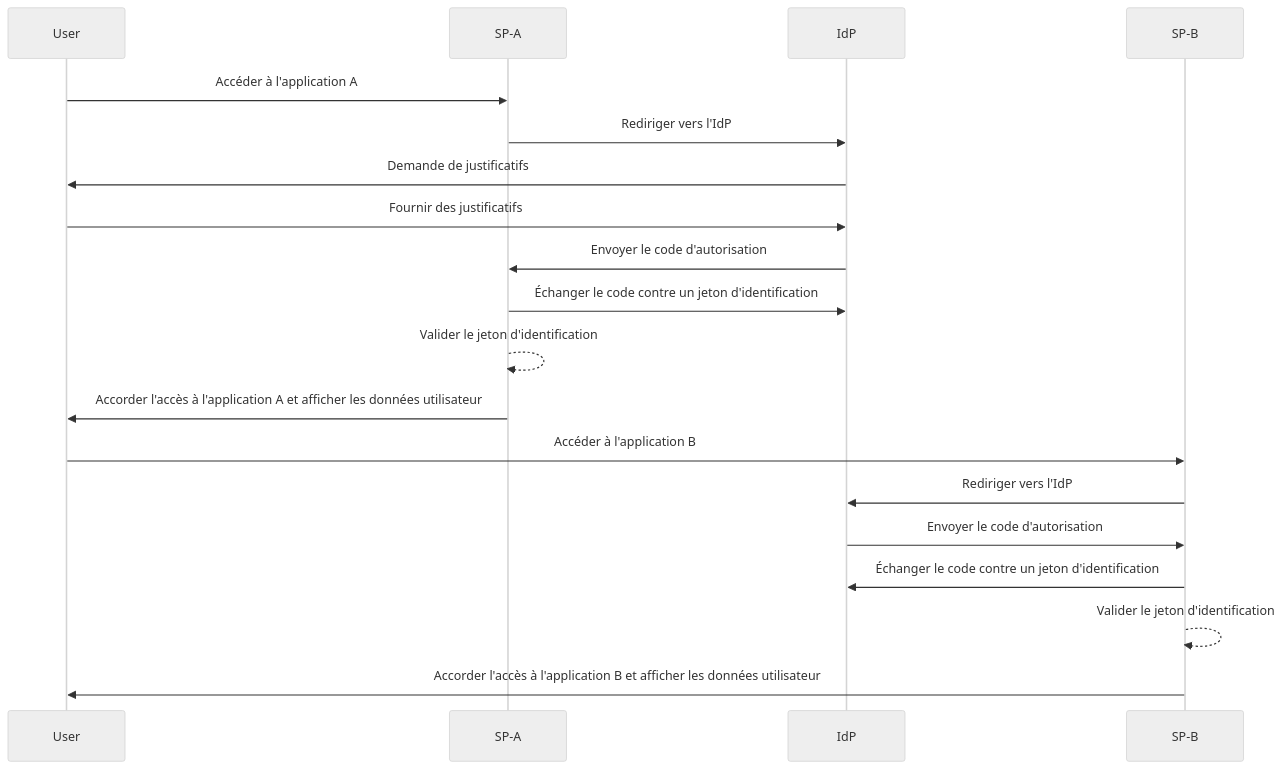
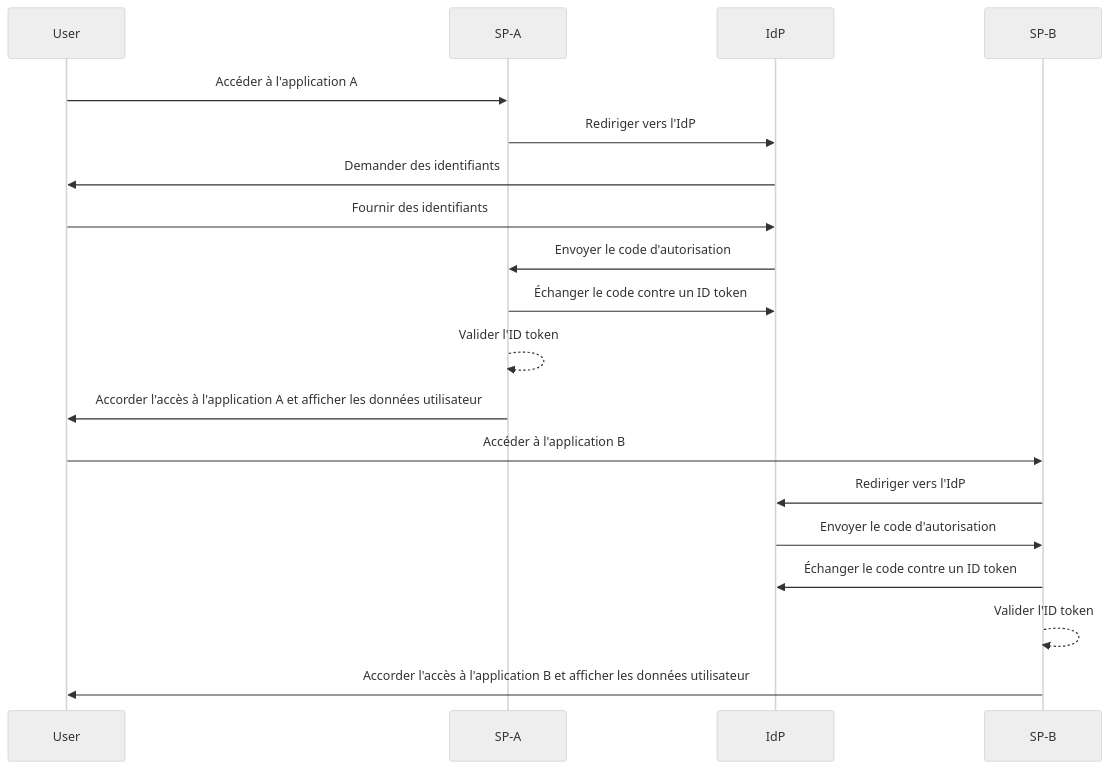
One commit to logto-io/auth-wiki changed the second of 2 diagrams in src/content/terms/fr/single-sign-on.mdx. Above: the diagram before and after it, drawn with Mermaid (neutral theme). The commit also changed other lines of this file and 8 other files, not shown here.

````diff
--- a/src/content/terms/fr/single-sign-on.mdx
+++ b/src/content/terms/fr/single-sign-on.mdx
@@ -54,22 +56,22 @@
 ```mermaid
 sequenceDiagram
     participant User
     participant SP-A
     participant IdP
     participant SP-B
 
     User->>SP-A: Accéder à l'application A
     SP-A->>IdP: Rediriger vers l'IdP
-    IdP->>User: Demande de justificatifs
-    User->>IdP: Fournir des justificatifs
+    IdP->>User: Demander des identifiants
+    User->>IdP: Fournir des identifiants
     IdP->>SP-A: Envoyer le code d'autorisation
-    SP-A->>IdP: Échanger le code contre un jeton d'identification
-    SP-A-->>SP-A: Valider le jeton d'identification
+    SP-A->>IdP: Échanger le code contre un ID token
+    SP-A-->>SP-A: Valider l'ID token
     SP-A->>User: Accorder l'accès à l'application A et afficher les données utilisateur
     User->>SP-B: Accéder à l'application B
     SP-B->>IdP: Rediriger vers l'IdP
     IdP->>SP-B: Envoyer le code d'autorisation
-    SP-B->>IdP: Échanger le code contre un jeton d'identification
-    SP-B-->>SP-B: Valider le jeton d'identification
+    SP-B->>IdP: Échanger le code contre un ID token
+    SP-B-->>SP-B: Valider l'ID token
     SP-B->>User: Accorder l'accès à l'application B et afficher les données utilisateur
 ```
````
